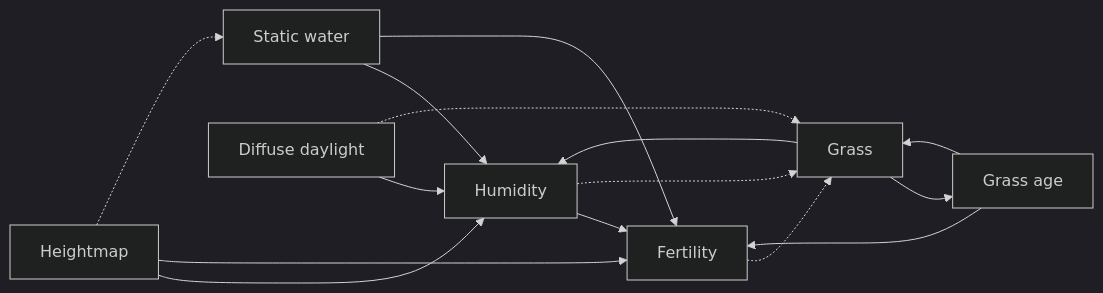
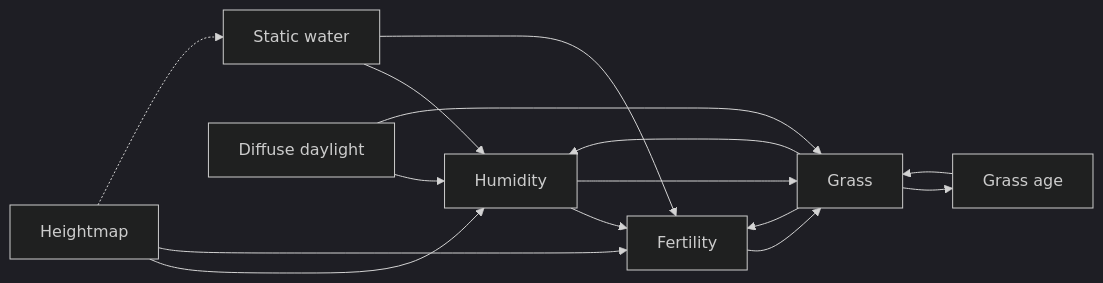
Before and after one commit to marianoalda/conscious: the diagram in doc/layers/README.md, drawn with Mermaid (dark theme). The commit also changed other lines of this file and 19 other files, not shown here.

````diff
--- a/doc/layers/README.md
+++ b/doc/layers/README.md
@@ -42,25 +44,25 @@
 ```mermaid
 flowchart LR
   water[Static water]
   light[Diffuse daylight]
   humidity[Humidity]
   fertility[Fertility]
   grass[Grass]
   grassage[Grass age]
   height[Heightmap]
 
   height --> humidity
   water --> humidity
   light --> humidity
   grass --> humidity
   height --> fertility
   water --> fertility
   humidity --> fertility
-  grassage --> fertility
+  grass --> fertility
   grass --> grassage
   grassage --> grass
-  humidity -.-> grass
-  light -.-> grass
-  fertility -.-> grass
+  humidity --> grass
+  light --> grass
+  fertility --> grass
   height -.-> water
 ```
````
